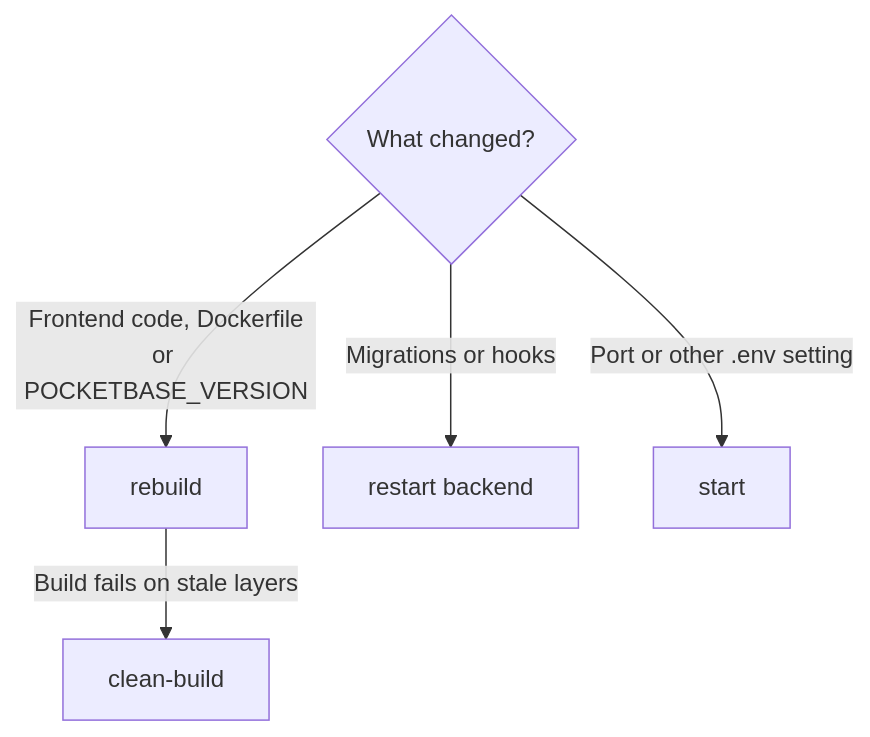
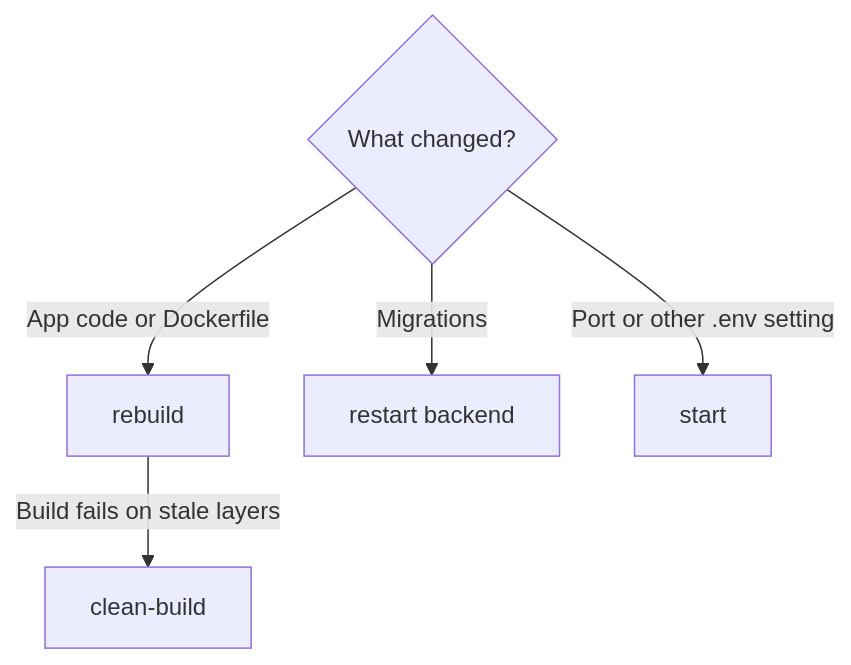
Before and after one commit to biruklarebo/veylith: the fourth of 5 diagrams in docs/containers.md, drawn with Mermaid. The commit also changed other lines of this file and 33 other files, not shown here.

````diff
--- a/docs/containers.md
+++ b/docs/containers.md
@@ -70,8 +72,8 @@
 ```mermaid
 flowchart TD
     changed{"What changed?"}
-    changed -- "Frontend code, Dockerfile<br/>or POCKETBASE_VERSION" --> rebuild["rebuild"]
-    changed -- "Migrations or hooks" --> restart["restart backend"]
+    changed -- "App code or Dockerfile" --> rebuild["rebuild"]
+    changed -- "Migrations" --> restart["restart backend"]
     changed -- "Port or other .env setting" --> start["start"]
     rebuild -- "Build fails on stale layers" --> clean["clean-build"]
 ```
````
